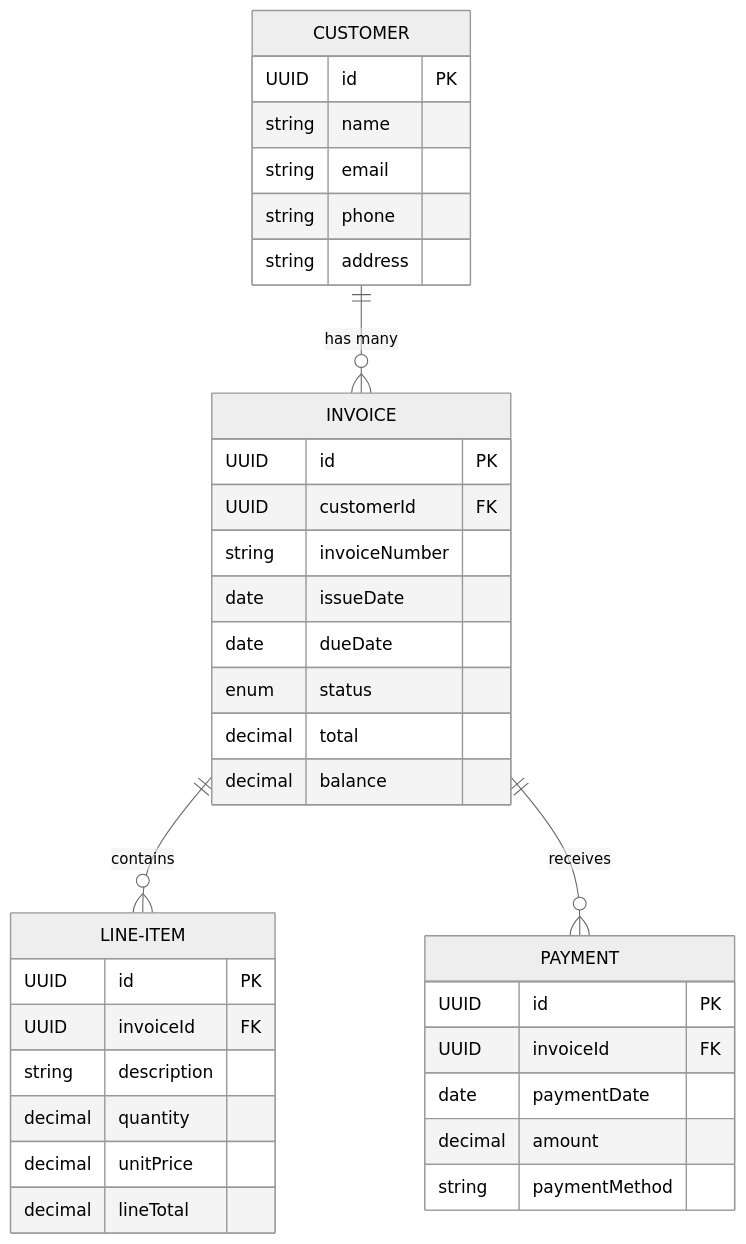
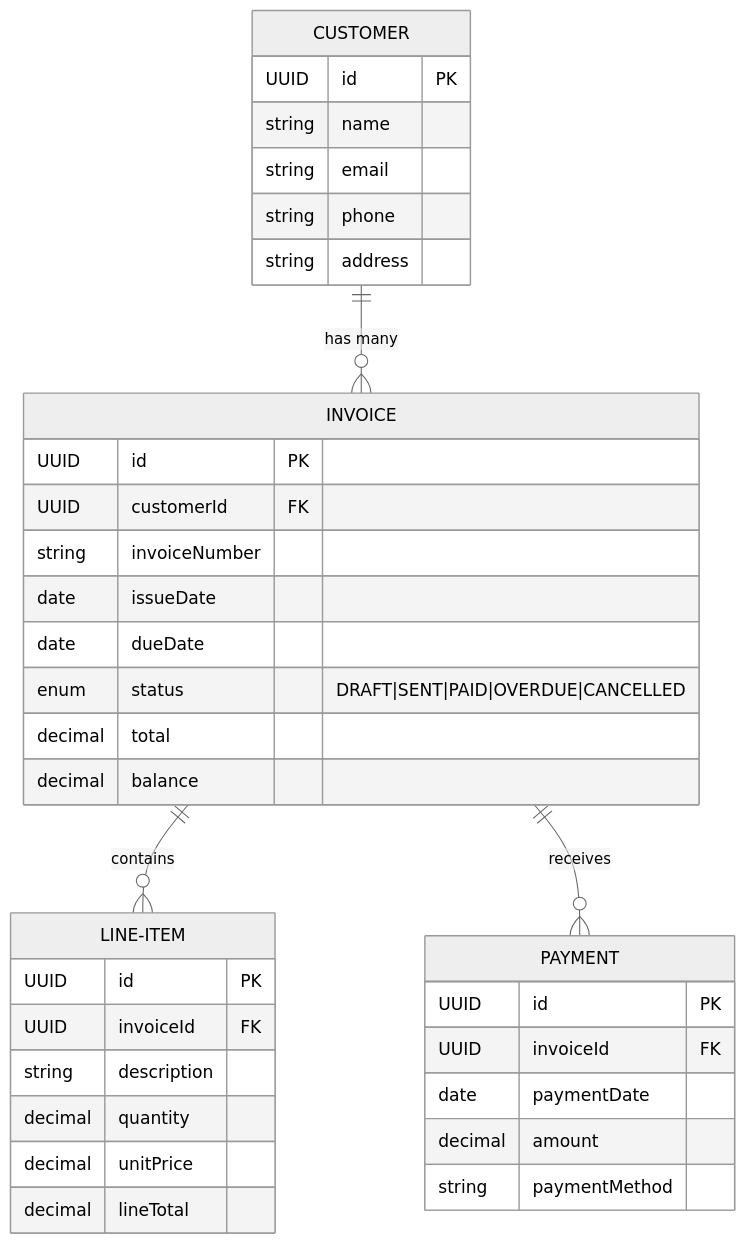
Before and after one commit to Rhoahndur/Osgiliath: the fifth of 24 diagrams in architecture.md, drawn with Mermaid (neutral theme). The commit also changed other lines of this file and 131 other files, not shown here.

````diff
--- a/architecture.md
+++ b/architecture.md
@@ -220,42 +226,42 @@
 ```mermaid
 erDiagram
     CUSTOMER ||--o{ INVOICE : "has many"
     INVOICE ||--o{ LINE-ITEM : "contains"
     INVOICE ||--o{ PAYMENT : "receives"
     
     CUSTOMER {
         UUID id PK
         string name
         string email
         string phone
         string address
     }
     
     INVOICE {
         UUID id PK
         UUID customerId FK
         string invoiceNumber
         date issueDate
         date dueDate
-        enum status
+        enum status "DRAFT|SENT|PAID|OVERDUE|CANCELLED"
         decimal total
         decimal balance
     }
     
     LINE-ITEM {
         UUID id PK
         UUID invoiceId FK
         string description
         decimal quantity
         decimal unitPrice
         decimal lineTotal
     }
     
     PAYMENT {
         UUID id PK
         UUID invoiceId FK
         date paymentDate
         decimal amount
         string paymentMethod
     }
 ```
````
